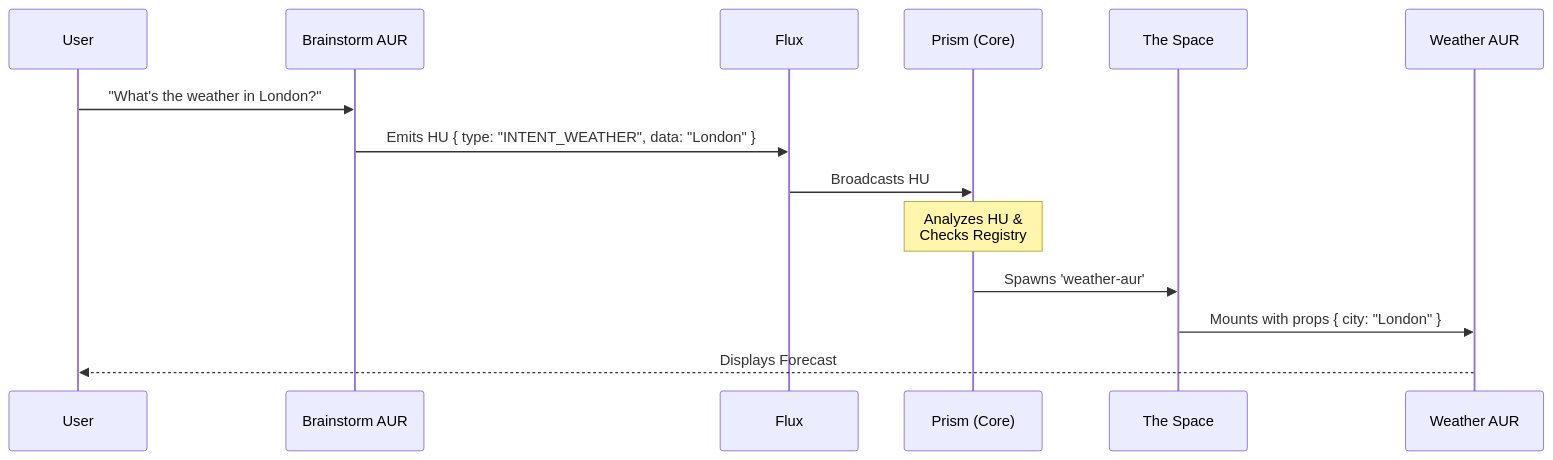
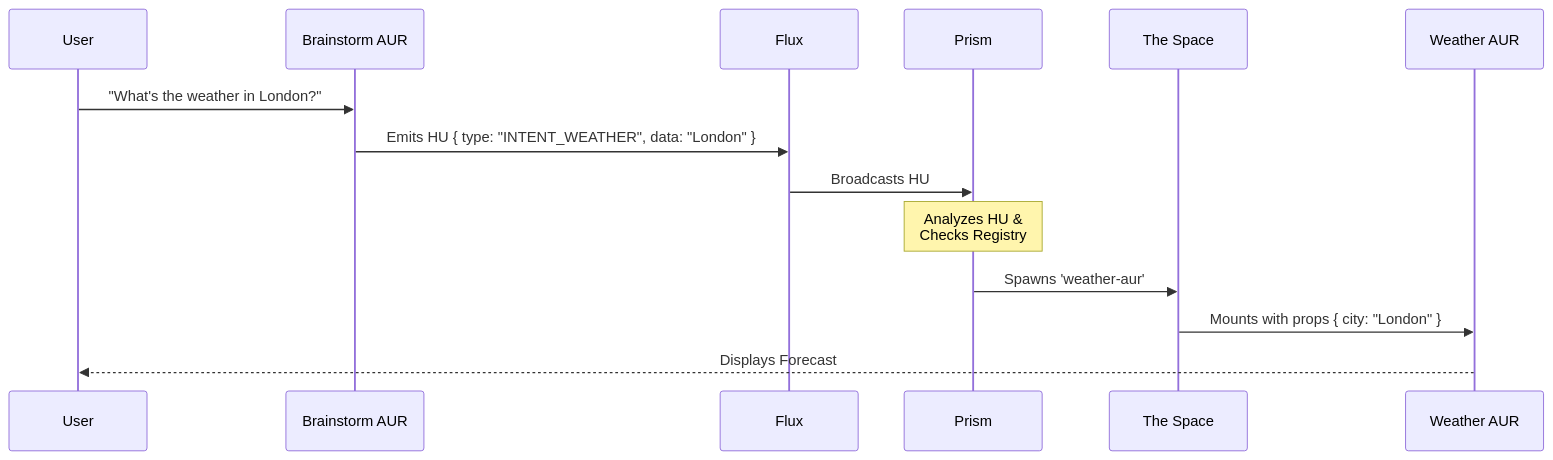
Before and after one commit to bahadiri/Aura: the diagram in documents/Developer-Guide.md, drawn with Mermaid. The commit also changed 1 other file, not shown here.

Commit message:
docs: remove Core System label from Prism

````diff
--- a/documents/Developer-Guide.md
+++ b/documents/Developer-Guide.md
@@ -28,17 +28,17 @@
 ```mermaid
 sequenceDiagram
     participant User
     participant Brainstorm as Brainstorm AUR
     participant Flux as Flux
-    participant Prism as Prism (Core)
+    participant Prism as Prism
     participant Space as The Space
     participant Weather as Weather AUR
 
     User->>Brainstorm: "What's the weather in London?"
     Brainstorm->>Flux: Emits HU { type: "INTENT_WEATHER", data: "London" }
     Flux->>Prism: Broadcasts HU
     Note over Prism: Analyzes HU &<br/>Checks Registry
     Prism->>Space: Spawns 'weather-aur'
     Space->>Weather: Mounts with props { city: "London" }
     Weather-->>User: Displays Forecast
 ```
````
